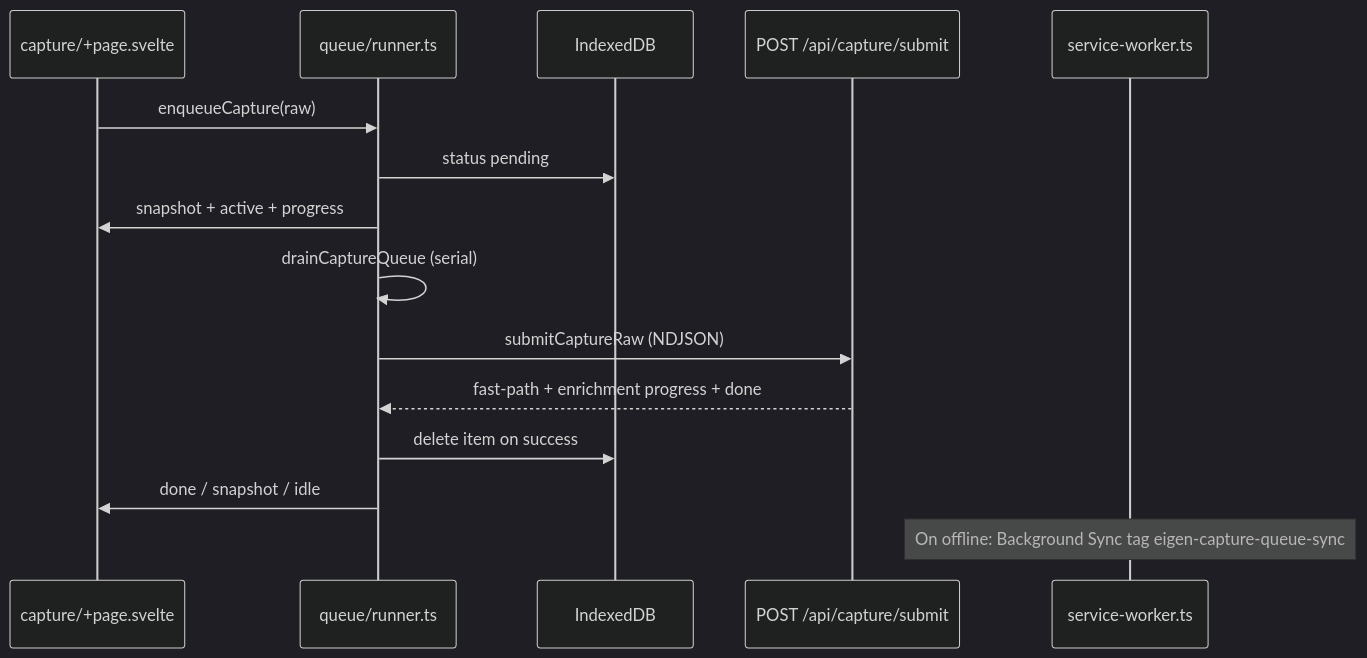
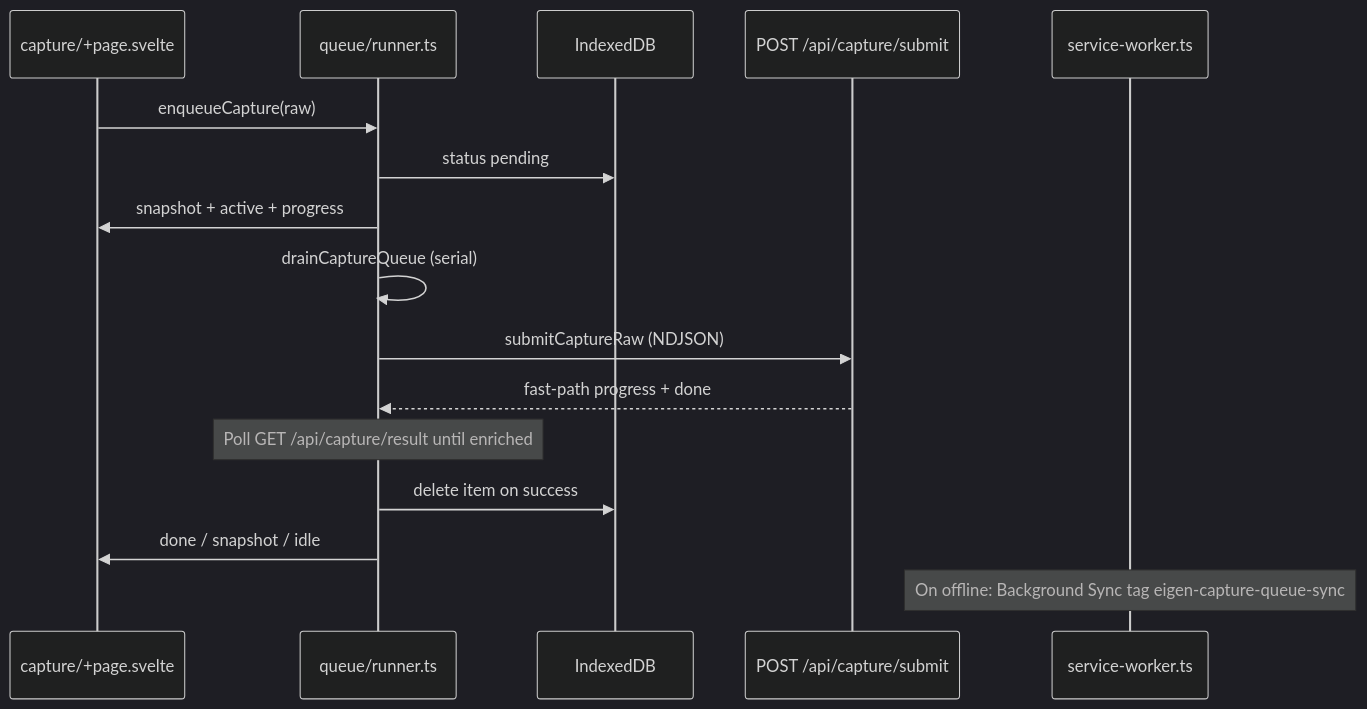
The diagram in docs/repo-map/capture-queue.md (hikaru90/eigen), drawn with Mermaid (dark theme) before and after one commit. The commit also changed other lines of this file and 98 other files, not shown here.

````diff
--- a/docs/repo-map/capture-queue.md
+++ b/docs/repo-map/capture-queue.md
@@ -18,18 +18,19 @@
 ```mermaid
 sequenceDiagram
   participant Page as capture/+page.svelte
   participant Runner as queue/runner.ts
   participant IDB as IndexedDB
   participant API as POST /api/capture/submit
   participant SW as service-worker.ts
 
   Page->>Runner: enqueueCapture(raw)
   Runner->>IDB: status pending
   Runner->>Page: snapshot + active + progress
   Runner->>Runner: drainCaptureQueue (serial)
   Runner->>API: submitCaptureRaw (NDJSON)
-  API-->>Runner: fast-path + enrichment progress + done
+  API-->>Runner: fast-path progress + done
+  Note over Runner: Poll GET /api/capture/result until enriched
   Runner->>IDB: delete item on success
   Runner->>Page: done / snapshot / idle
   Note over SW: On offline: Background Sync tag eigen-capture-queue-sync
 ```
````
